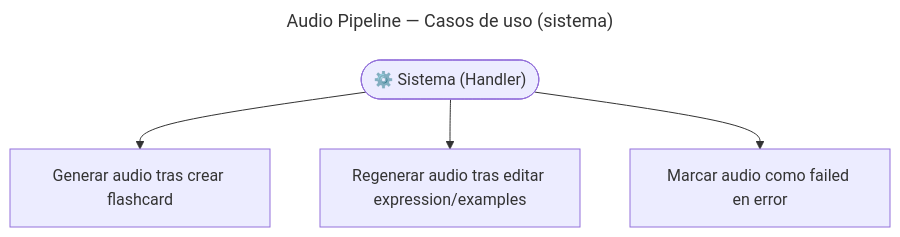
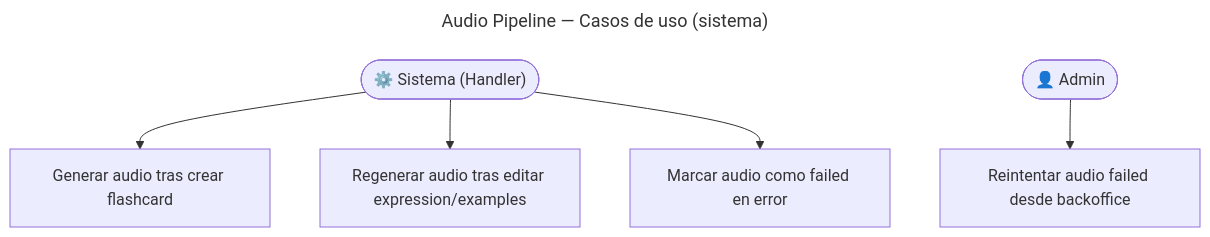
Before and after one commit to AbrahamVilchesDeLaCruz/ididntcatchthat: the diagram in docs/apps/api/content/audio-pipeline/usecases.md, drawn with Mermaid. The commit also changed other lines of this file and 18 other files, not shown here.

````diff
--- a/docs/apps/api/content/audio-pipeline/usecases.md
+++ b/docs/apps/api/content/audio-pipeline/usecases.md
@@ -3,15 +3,18 @@
 ```mermaid
 ---
 title: Audio Pipeline — Casos de uso (sistema)
 ---
 graph TB
     Sistema(["⚙️ Sistema (Handler)"])
+    Admin(["👤 Admin"])
 
     UC1["Generar audio tras crear flashcard"]
     UC2["Regenerar audio tras editar expression/examples"]
     UC3["Marcar audio como failed en error"]
+    UC4["Reintentar audio failed desde backoffice"]
 
     Sistema --> UC1
     Sistema --> UC2
     Sistema --> UC3
+    Admin --> UC4
 ```
````
